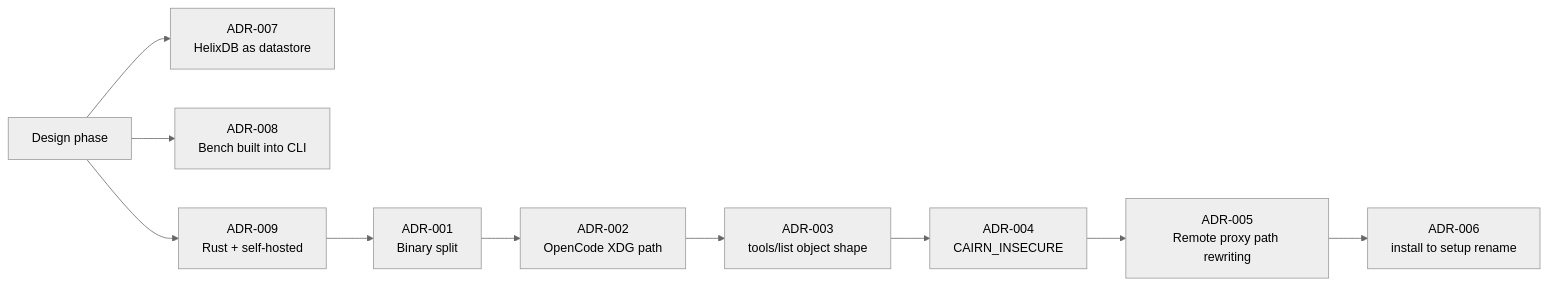
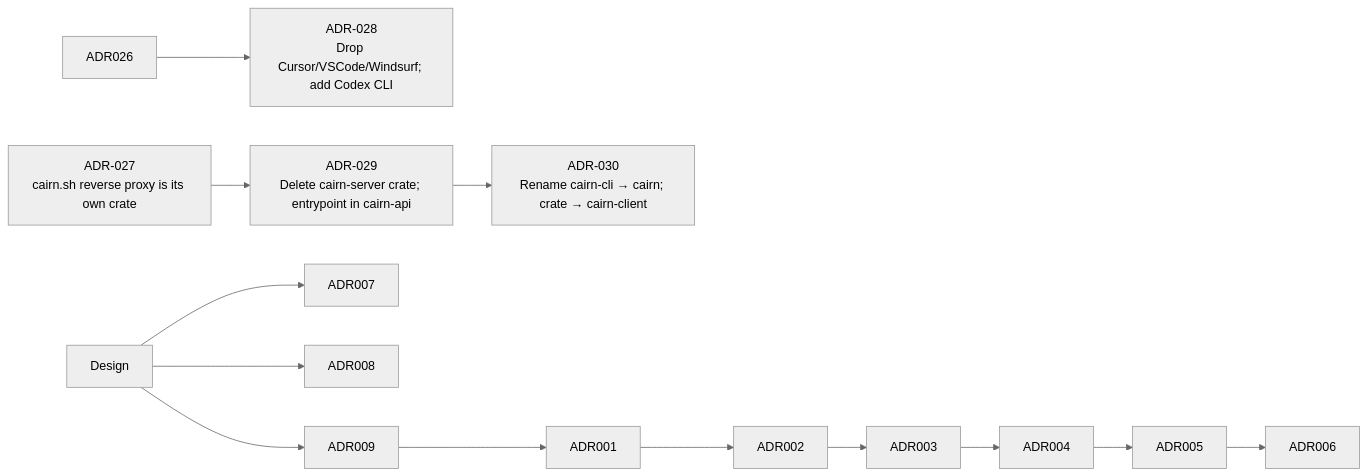
Before and after one commit to Vellixia/cairn: the diagram in docs/DECISIONS.md, drawn with Mermaid (neutral theme). The commit also changed other lines of this file and 2 other files, not shown here.

First line of the commit message:
docs: archive PLAN_v0.5.0; write PLAN_v0.6.0; add ADR 028/029/030

````diff
--- a/docs/DECISIONS.md
+++ b/docs/DECISIONS.md
@@ -5,25 +5,22 @@
 ```mermaid
 graph LR
-    Design["Design phase"]
-    ADR007["ADR-007<br/>HelixDB as datastore"]
-    ADR008["ADR-008<br/>Bench built into CLI"]
-    ADR009["ADR-009<br/>Rust + self-hosted"]
-
-    ADR001["ADR-001<br/>Binary split"]
-    ADR002["ADR-002<br/>OpenCode XDG path"]
-    ADR003["ADR-003<br/>tools/list object shape"]
-    ADR004["ADR-004<br/>CAIRN_INSECURE"]
-    ADR005["ADR-005<br/>Remote proxy path rewriting"]
-    ADR006["ADR-006<br/>install to setup rename"]
+    ADR027["ADR-027<br/>cairn.sh reverse proxy is its own crate"]
+    ADR028["ADR-028<br/>Drop Cursor/VSCode/Windsurf; add Codex CLI"]
+    ADR029["ADR-029<br/>Delete cairn-server crate; entrypoint in cairn-api"]
+    ADR030["ADR-030<br/>Rename cairn-cli → cairn; crate → cairn-client"]
 
     Design --> ADR007
     Design --> ADR008
     Design --> ADR009
 
     ADR009 --> ADR001
     ADR001 --> ADR002
     ADR002 --> ADR003
     ADR003 --> ADR004
     ADR004 --> ADR005
     ADR005 --> ADR006
+
+    ADR026 --> ADR028
+    ADR027 --> ADR029
+    ADR029 --> ADR030
 ```
````
